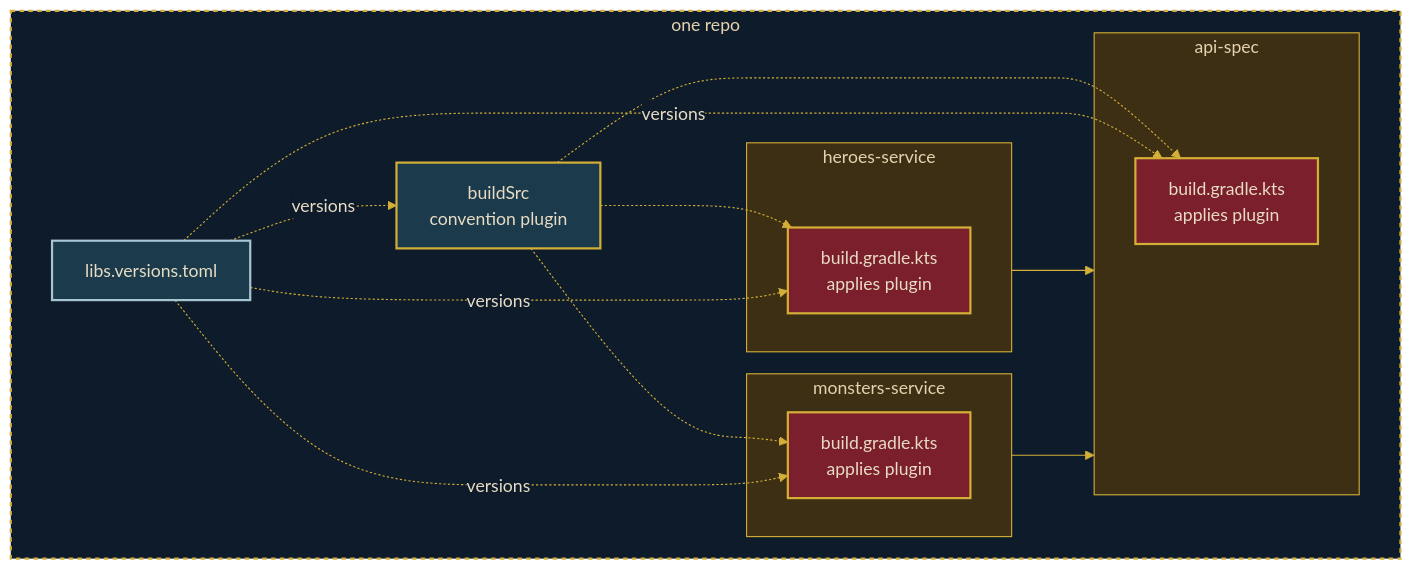
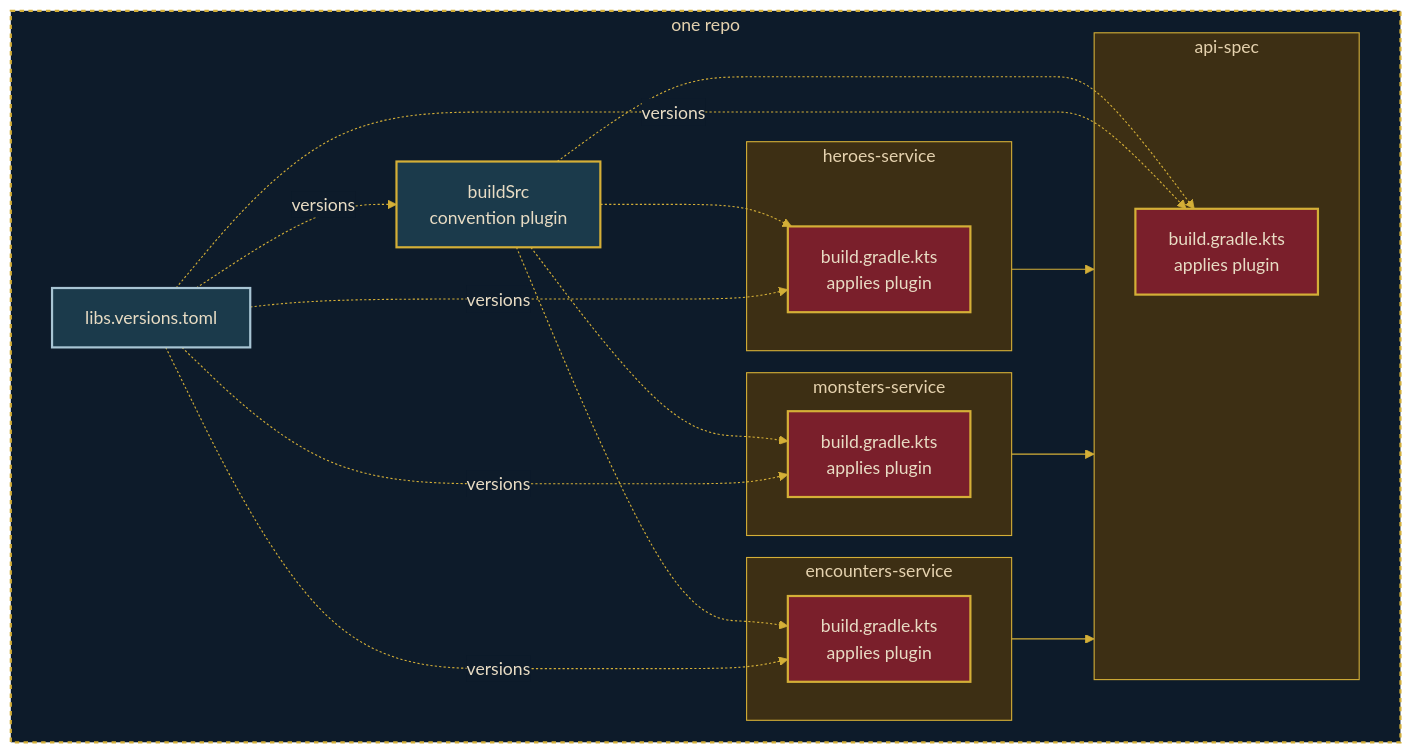
Before and after one commit to Marthijs-Berfelo/the-gradle-odyssey: the diagram in slides/pages/04-sirens.md, drawn with Mermaid. The commit also changed 4 other files, not shown here.

````diff
--- a/slides/pages/04-sirens.md
+++ b/slides/pages/04-sirens.md
@@ -34,41 +34,48 @@
 ```mermaid {scale: 0.75}
 %%{init: {'theme': 'base', 'themeVariables': {
   'primaryColor': '#3d2f14',
   'primaryTextColor': '#e8dcc4',
   'primaryBorderColor': '#d4af37',
   'lineColor': '#d4af37',
   'edgeLabelBackground': '#0d1b2a',
   'fontFamily': 'Georgia, serif'
 }}}%%
 flowchart LR
     subgraph repo["one repo"]
         direction LR
         catalog["libs.versions.toml"]:::catalog
         subgraph h["heroes-service"]
             hb["build.gradle.kts<br/>applies plugin"]:::config
         end
         subgraph m["monsters-service"]
             mb["build.gradle.kts<br/>applies plugin"]:::config
         end
+        subgraph e["encounters-service"]
+            eb["build.gradle.kts<br/>applies plugin"]:::config
+        end
         subgraph a["api-spec"]
             ab["build.gradle.kts<br/>applies plugin"]:::config
         end
         plugin["buildSrc<br/>convention plugin"]:::plugin
         plugin -.-> hb
         plugin -.-> mb
+        plugin -.-> eb
         plugin -.-> ab
         h --> a
         m --> a
+        e --> a
     end
     catalog -.->|versions| plugin
     catalog -.->|versions| hb
     catalog -.->|versions| mb
+    catalog -.->|versions| eb
     catalog -.->|versions| ab
     style repo fill:#0d1b2a,stroke:#d4af37,stroke-width:2px,stroke-dasharray:4 4
     style h fill:#3d2f14,stroke:#d4af37,stroke-width:1px
     style m fill:#3d2f14,stroke:#d4af37,stroke-width:1px
+    style e fill:#3d2f14,stroke:#d4af37,stroke-width:1px
     style a fill:#3d2f14,stroke:#d4af37,stroke-width:1px
     classDef config fill:#7a1f2b,stroke:#d4af37,stroke-width:2px,color:#e8dcc4
     classDef plugin fill:#1b3a4b,stroke:#d4af37,stroke-width:2px,color:#e8dcc4
     classDef catalog fill:#1b3a4b,stroke:#a8c5d4,stroke-width:2px,color:#e8dcc4
 ```
````
